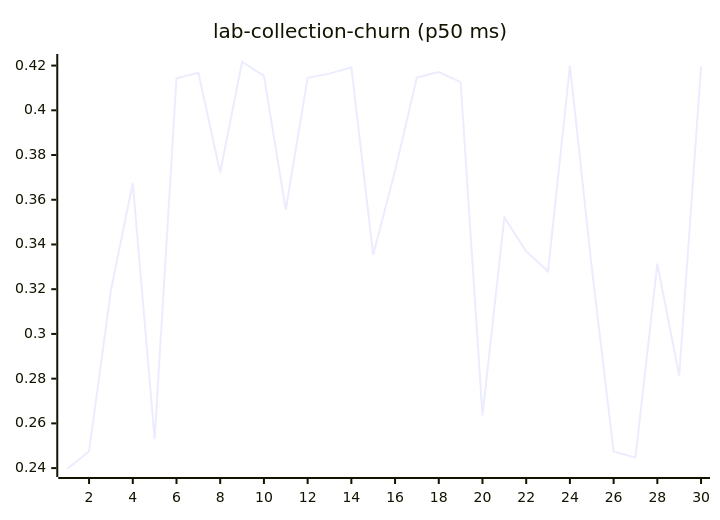
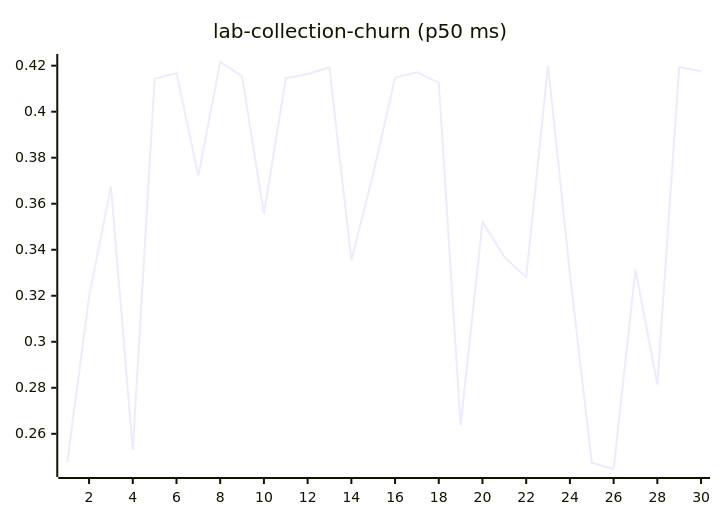
Before and after one commit to josha/Facet: diagram 11 of 27 in README.md, drawn with Mermaid. The commit also changed other lines of this file and 2 other files, not shown here.

````diff
--- a/README.md
+++ b/README.md
@@ -133,6 +133,6 @@
 ```mermaid
 xychart-beta
     title "lab-collection-churn (p50 ms)"
     x-axis 1 --> 30
-    line [0.2396, 0.2475, 0.3195, 0.3675, 0.2530, 0.4143, 0.4168, 0.3722, 0.4216, 0.4154, 0.3556, 0.4145, 0.4164, 0.4192, 0.3354, 0.3730, 0.4147, 0.4171, 0.4126, 0.2636, 0.3521, 0.3369, 0.3280, 0.4200, 0.3297, 0.2474, 0.2447, 0.3314, 0.2814, 0.4194]
+    line [0.2475, 0.3195, 0.3675, 0.2530, 0.4143, 0.4168, 0.3722, 0.4216, 0.4154, 0.3556, 0.4145, 0.4164, 0.4192, 0.3354, 0.3730, 0.4147, 0.4171, 0.4126, 0.2636, 0.3521, 0.3369, 0.3280, 0.4200, 0.3297, 0.2474, 0.2447, 0.3314, 0.2814, 0.4194, 0.4176]
 ```
````
